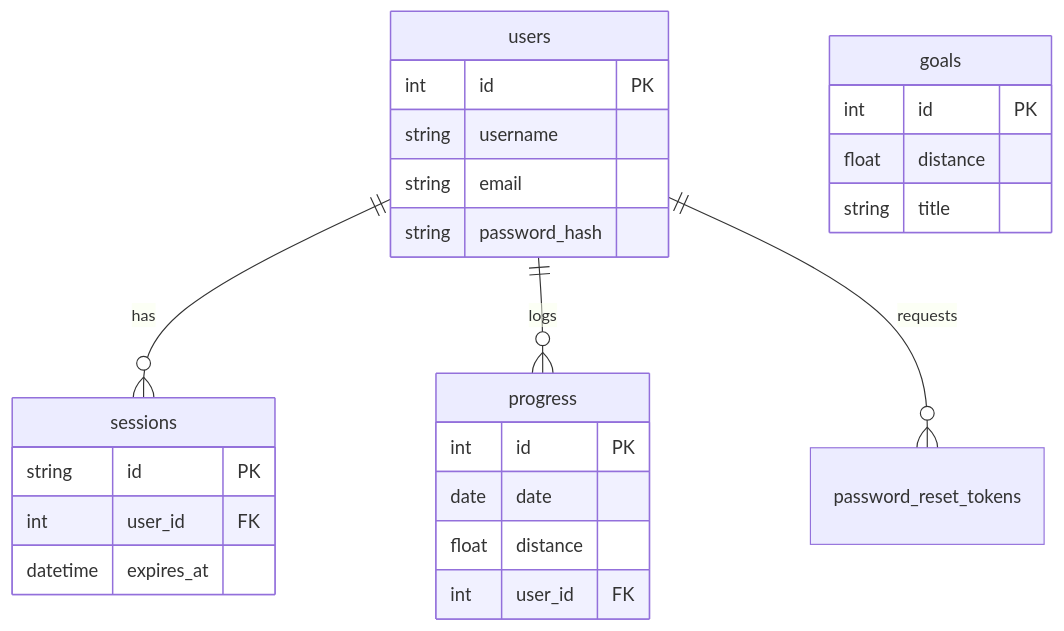
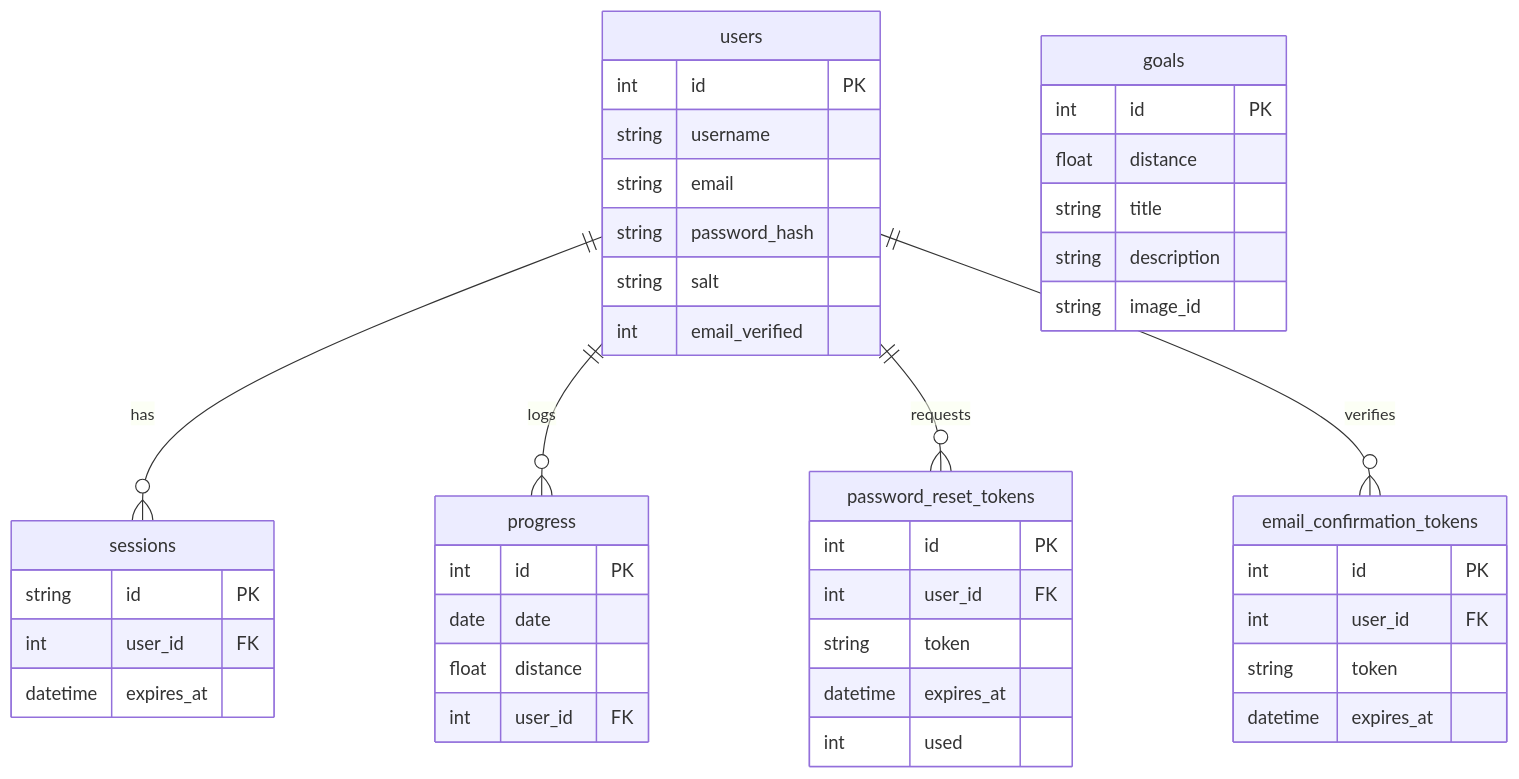
Before and after one commit to skittlz444/walk-to-mordor: the diagram in docs/data-models.md, drawn with Mermaid. The commit also changed other lines of this file and 9 other files, not shown here.

First line of the commit message:
Docs: add email confirmation & Preact islands

````diff
--- a/docs/data-models.md
+++ b/docs/data-models.md
@@ -51,32 +67,52 @@
 ```mermaid
 erDiagram
     users ||--o{ sessions : "has"
     users ||--o{ progress : "logs"
     users ||--o{ password_reset_tokens : "requests"
+    users ||--o{ email_confirmation_tokens : "verifies"
     
     users {
         int id PK
         string username
         string email
         string password_hash
+        string salt
+        int email_verified
     }
     
     sessions {
         string id PK
         int user_id FK
         datetime expires_at
     }
     
     progress {
         int id PK
         date date
         float distance
         int user_id FK
     }
     
     goals {
         int id PK
         float distance
         string title
+        string description
+        string image_id
+    }
+
+    password_reset_tokens {
+        int id PK
+        int user_id FK
+        string token
+        datetime expires_at
+        int used
+    }
+
+    email_confirmation_tokens {
+        int id PK
+        int user_id FK
+        string token
+        datetime expires_at
     }
 ```
````
